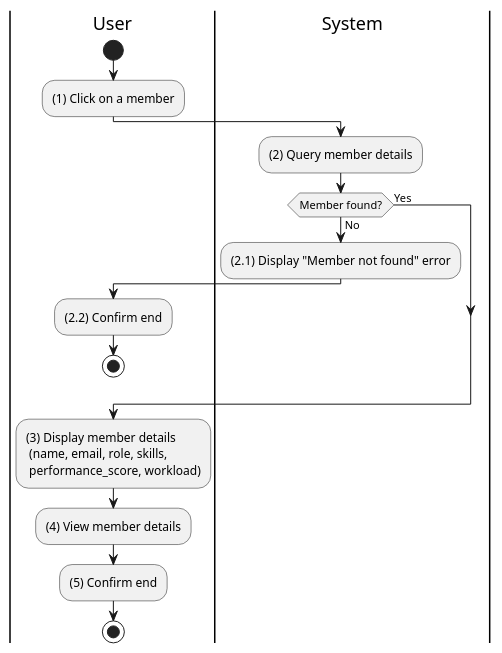
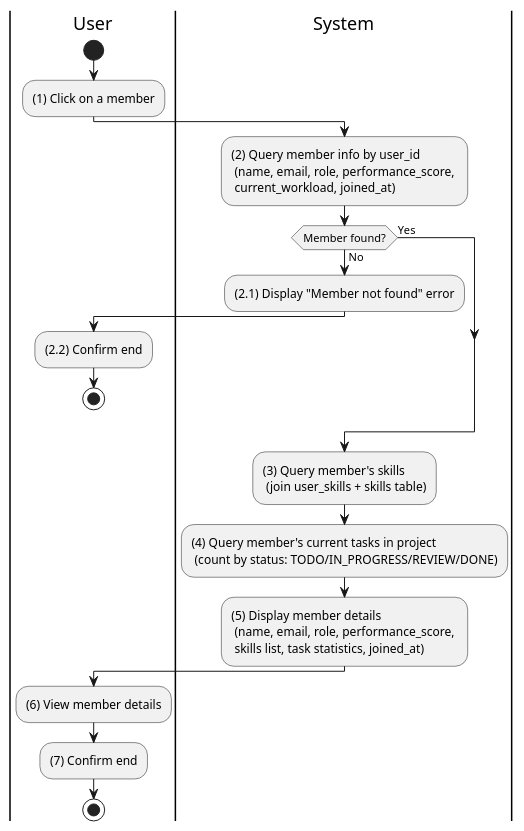
The diagram in docs/docs/activity/project-members/view-member-details.md (taskpilot-platform/taskpilot-platform.github.io), drawn with PlantUML before and after one commit. The commit also changed 14 other files, not shown here.

First line of the commit message:
feat(activity): expand batch 2 activity diagrams to ~40-50 lines

````diff
--- a/docs/docs/activity/project-members/view-member-details.md
+++ b/docs/docs/activity/project-members/view-member-details.md
@@ -3,29 +3,32 @@
 ```plantuml
 @startuml
 |U|User
 |S|System
 
 |U|
 start
 :(1) Click on a member;
 
 |S|
-:(2) Query member details;
+:(2) Query member info by user_id \n (name, email, role, performance_score, \n current_workload, joined_at);
 
 if (Member found?) then (No)
   :(2.1) Display "Member not found" error;
   |U|
   :(2.2) Confirm end;
   stop
 else (Yes)
 endif
 
-:(3) Display member details \n (name, email, role, skills, \n performance_score, workload);
+|S|
+:(3) Query member's skills \n (join user_skills + skills table);
+:(4) Query member's current tasks in project \n (count by status: TODO/IN_PROGRESS/REVIEW/DONE);
+:(5) Display member details \n (name, email, role, performance_score, \n skills list, task statistics, joined_at);
 
 |U|
-:(4) View member details;
-:(5) Confirm end;
+:(6) View member details;
+:(7) Confirm end;
 
 stop
 @enduml
 ```
````
